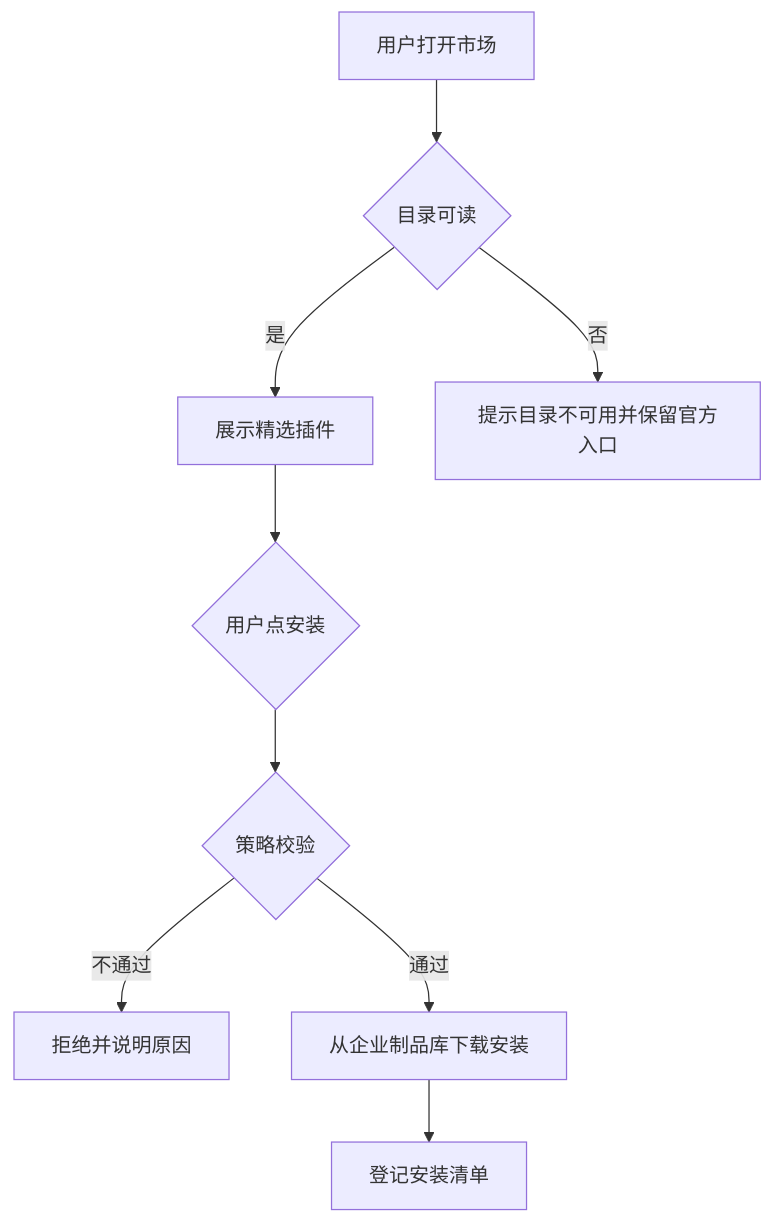
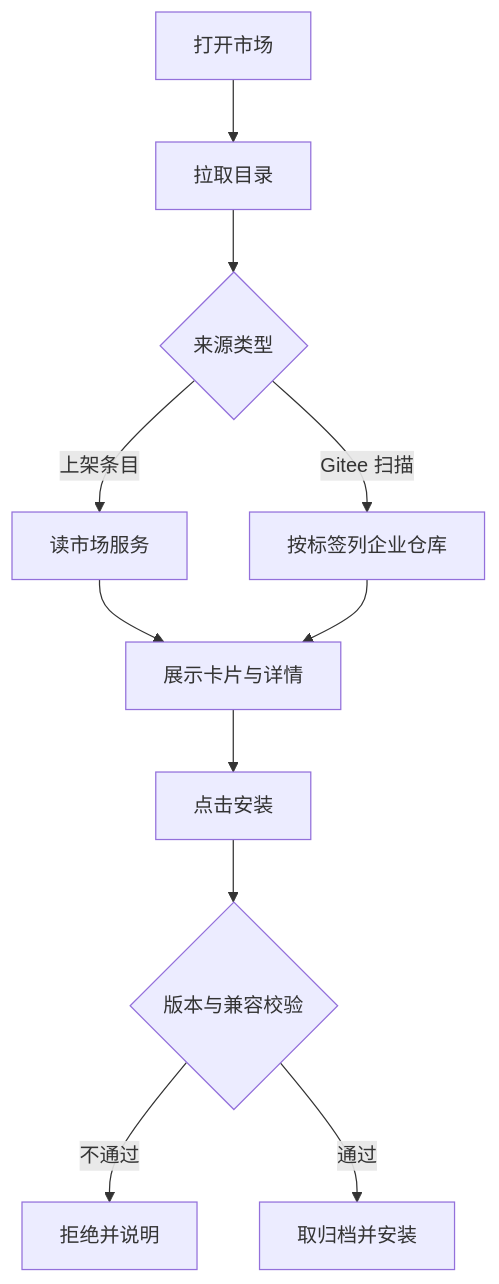
Before and after one commit to hrygo/heluo-forge: the first of 3 diagrams in docs/design/plugins/forge-market.md, drawn with Mermaid. The commit also changed other lines of this file and 3 other files, not shown here.

````diff
--- a/docs/design/plugins/forge-market.md
+++ b/docs/design/plugins/forge-market.md
@@ -107,11 +112,13 @@
 ```mermaid
 flowchart TD
-  A[用户打开市场] --> B{目录可读}
-  B -->|是| C[展示精选插件]
-  B -->|否| D[提示目录不可用并保留官方入口]
-  C --> E{用户点安装}
-  E --> F{策略校验}
-  F -->|不通过| G[拒绝并说明原因]
-  F -->|通过| H[从企业制品库下载安装]
-  H --> I[登记安装清单]
+  A[打开市场] --> B[拉取目录]
+  B --> C{来源类型}
+  C -->|上架条目| D[读市场服务]
+  C -->|Gitee 扫描| E[按标签列企业仓库]
+  D --> F[展示卡片与详情]
+  E --> F
+  F --> G[点击安装]
+  G --> H{版本与兼容校验}
+  H -->|不通过| I[拒绝并说明]
+  H -->|通过| J[取归档并安装]
 ```
````
